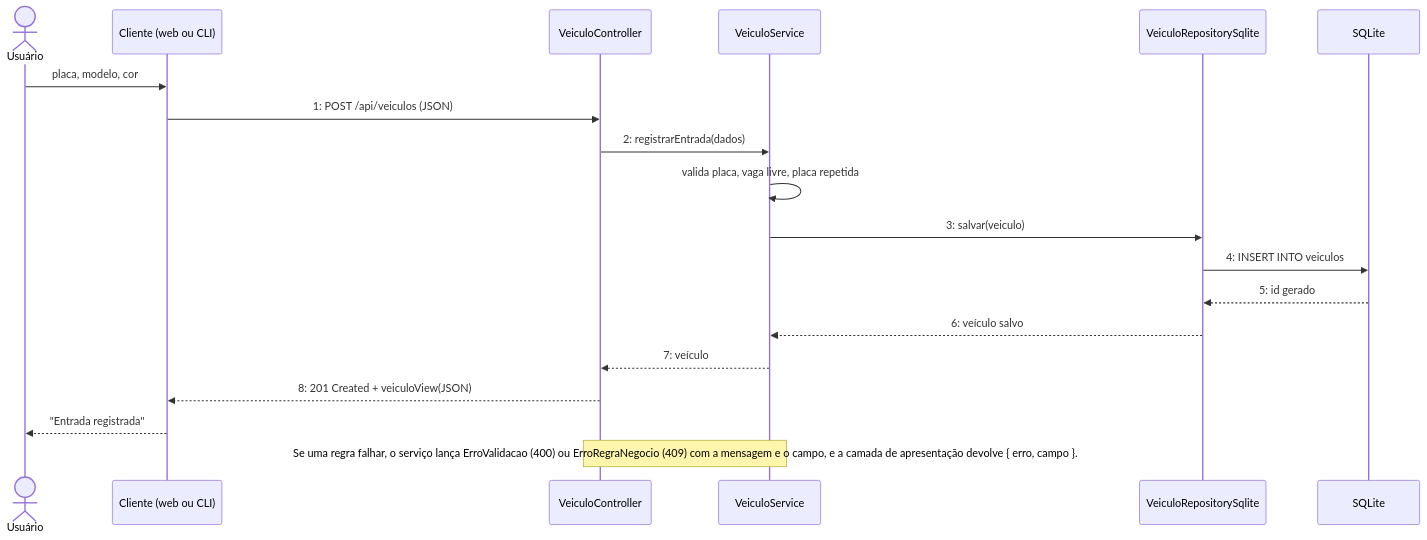
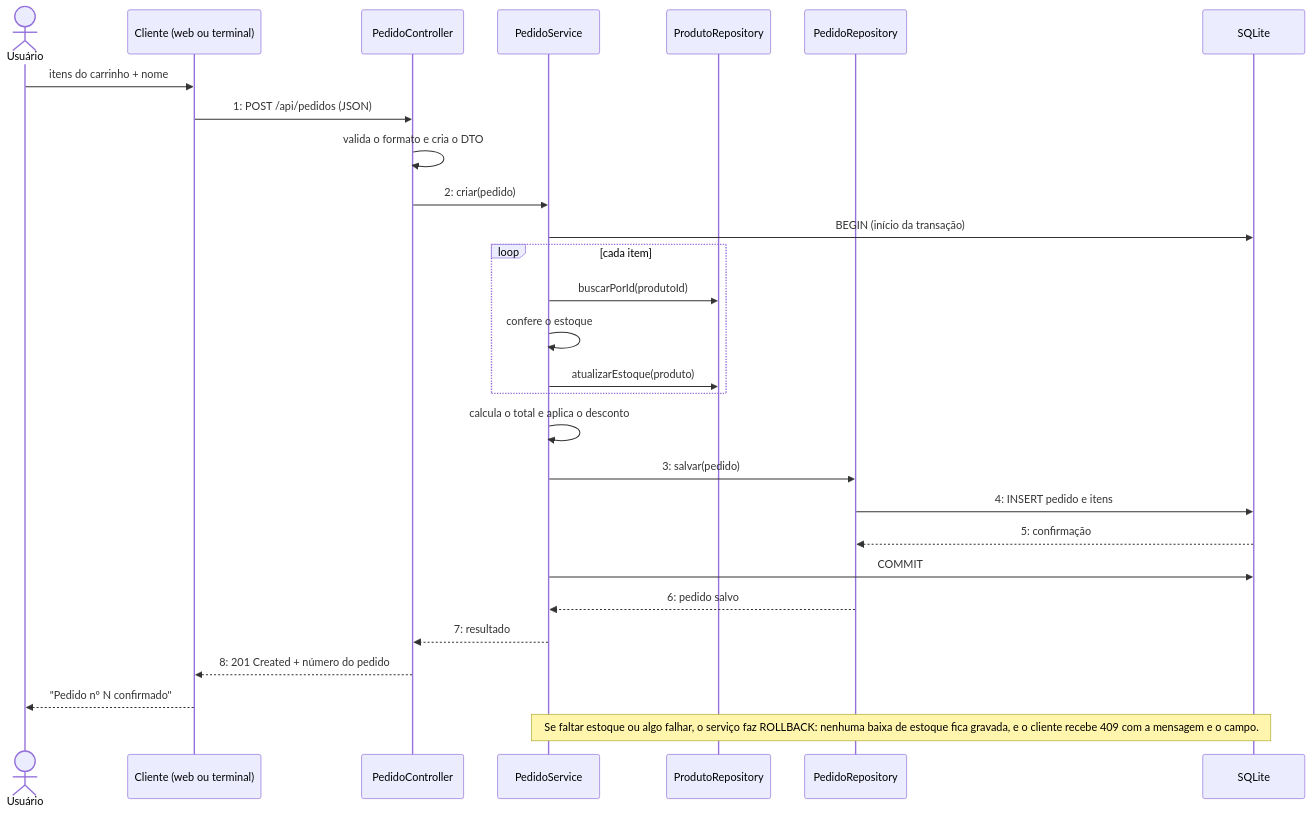
One commit to LcAllmeida/arquiteturaN3 changed the third of 5 diagrams in docs/diagramas/README.md. Above: the diagram before and after it, drawn with Mermaid. The commit also changed other lines of this file and 36 other files, not shown here.

````diff
--- a/docs/diagramas/README.md
+++ b/docs/diagramas/README.md
@@ -55,23 +55,32 @@
 ```mermaid
 sequenceDiagram
     actor U as Usuário
-    participant CL as Cliente (web ou CLI)
-    participant CT as VeiculoController
-    participant SV as VeiculoService
-    participant RP as VeiculoRepositorySqlite
+    participant CL as Cliente (web ou terminal)
+    participant CT as PedidoController
+    participant SV as PedidoService
+    participant PR as ProdutoRepository
+    participant RP as PedidoRepository
     participant DB as SQLite
 
-    U->>CL: placa, modelo, cor
-    CL->>CT: 1: POST /api/veiculos (JSON)
-    CT->>SV: 2: registrarEntrada(dados)
-    SV->>SV: valida placa, vaga livre, placa repetida
-    SV->>RP: 3: salvar(veiculo)
-    RP->>DB: 4: INSERT INTO veiculos
-    DB-->>RP: 5: id gerado
-    RP-->>SV: 6: veículo salvo
-    SV-->>CT: 7: veículo
-    CT-->>CL: 8: 201 Created + veiculoView(JSON)
-    CL-->>U: "Entrada registrada"
+    U->>CL: itens do carrinho + nome
+    CL->>CT: 1: POST /api/pedidos (JSON)
+    CT->>CT: valida o formato e cria o DTO
+    CT->>SV: 2: criar(pedido)
+    SV->>DB: BEGIN (início da transação)
+    loop cada item
+        SV->>PR: buscarPorId(produtoId)
+        SV->>SV: confere o estoque
+        SV->>PR: atualizarEstoque(produto)
+    end
+    SV->>SV: calcula o total e aplica o desconto
+    SV->>RP: 3: salvar(pedido)
+    RP->>DB: 4: INSERT pedido e itens
+    DB-->>RP: 5: confirmação
+    SV->>DB: COMMIT
+    RP-->>SV: 6: pedido salvo
+    SV-->>CT: 7: resultado
+    CT-->>CL: 8: 201 Created + número do pedido
+    CL-->>U: "Pedido nº N confirmado"
 
-    Note over SV,CT: Se uma regra falhar, o serviço lança ErroValidacao (400) ou ErroRegraNegocio (409) com a mensagem e o campo, e a camada de apresentação devolve { erro, campo }.
+    Note over SV,DB: Se faltar estoque ou algo falhar, o serviço faz ROLLBACK: nenhuma baixa de estoque fica gravada, e o cliente recebe 409 com a mensagem e o campo.
 ```
````
